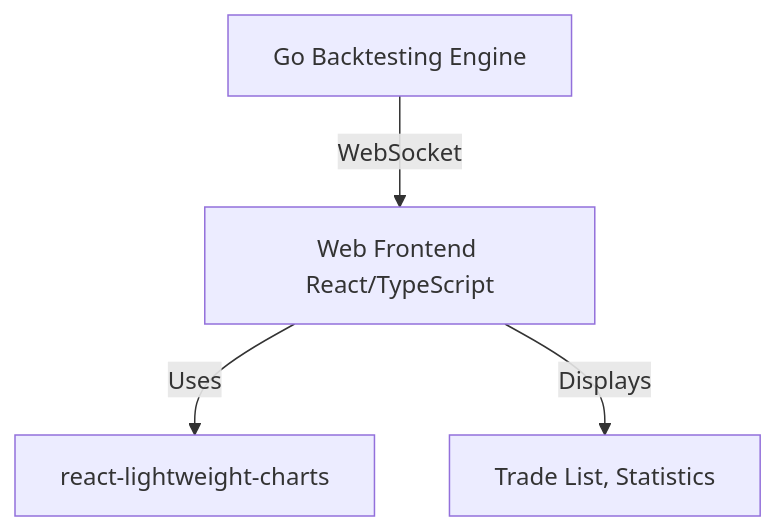
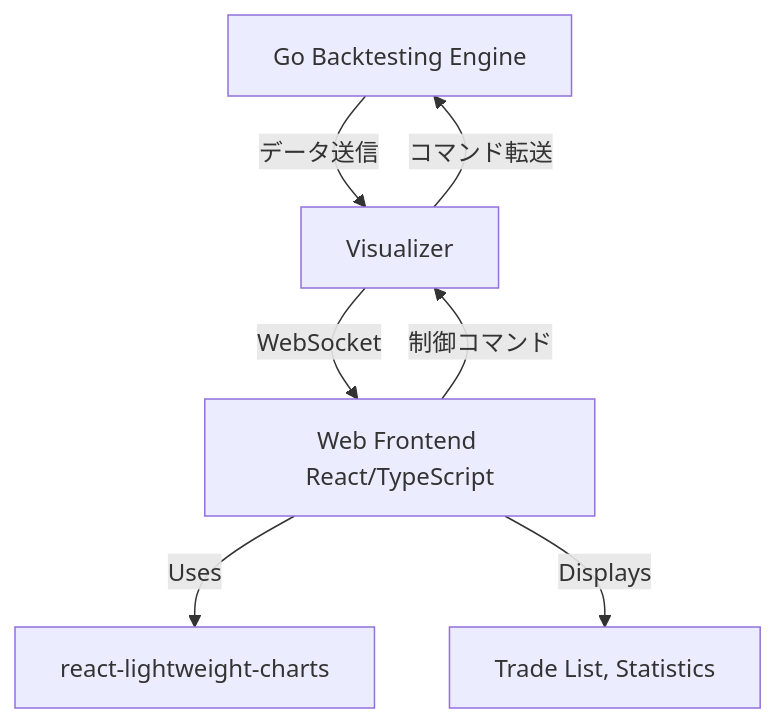
Before and after one commit to RuiHirano/fx-backtesting: the diagram in docs/visual_mode_design.md, drawn with Mermaid. The commit also changed other lines of this file and 32 other files, not shown here.

````diff
--- a/docs/visual_mode_design.md
+++ b/docs/visual_mode_design.md
@@ -22,6 +24,9 @@
 ```mermaid
 graph TD
-    A[Go Backtesting Engine] -->|WebSocket| B[Web Frontend React/TypeScript]
-    B -->|Uses| C[react-lightweight-charts]
-    B -->|Displays| D[Trade List, Statistics]
+    A[Go Backtesting Engine] -->|データ送信| B[Visualizer]
+    B -->|WebSocket| C[Web Frontend React/TypeScript]
+    C -->|Uses| D[react-lightweight-charts]
+    C -->|Displays| E[Trade List, Statistics]
+    C -->|制御コマンド| B
+    B -->|コマンド転送| A
 ```
````
